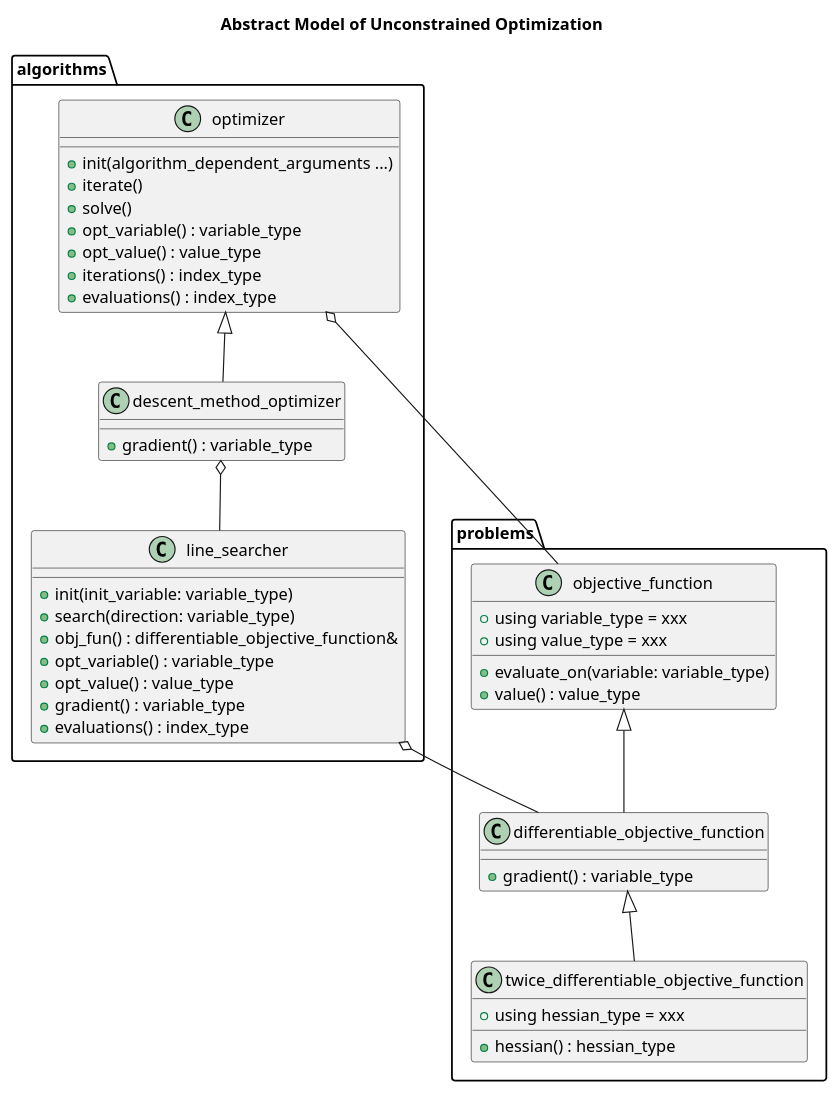
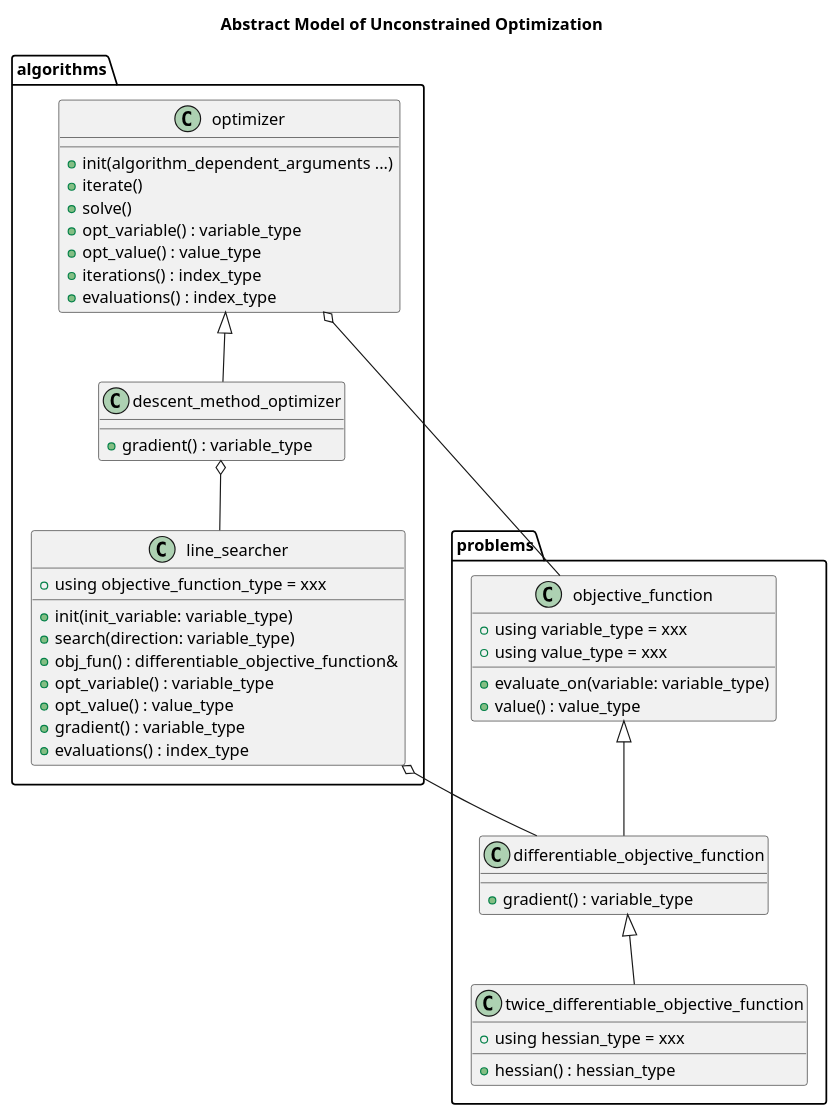
One commit to MusicScience37/numerical-collection-cpp changed the diagram in doc/sphinx/src/basic_design/optimization.rst. Above: the diagram before and after it, drawn with PlantUML. The commit also changed 2 other files, not shown here.

Commit message:
refactor: move functions

```diff
--- a/doc/sphinx/src/basic_design/optimization.rst
+++ b/doc/sphinx/src/basic_design/optimization.rst
@@ -12,53 +12,54 @@
 .. uml::
 
     title Abstract Model of Unconstrained Optimization
 
     package problems {
         class objective_function {
             + using variable_type = xxx
             + using value_type = xxx
             + evaluate_on(variable: variable_type)
             + value() : value_type
         }
 
         class differentiable_objective_function {
             + gradient() : variable_type
         }
         objective_function <|-- differentiable_objective_function
 
         class twice_differentiable_objective_function {
             + using hessian_type = xxx
             + hessian() : hessian_type
         }
         differentiable_objective_function <|-- twice_differentiable_objective_function
     }
 
     package algorithms {
         class optimizer {
             + init(algorithm_dependent_arguments ...)
             + iterate()
             + solve()
             + opt_variable() : variable_type
             + opt_value() : value_type
             + iterations() : index_type
             + evaluations() : index_type
         }
         optimizer o-- objective_function
 
         class line_searcher {
+            + using objective_function_type = xxx
             + init(init_variable: variable_type)
             + search(direction: variable_type)
             + obj_fun() : differentiable_objective_function&
             + opt_variable() : variable_type
             + opt_value() : value_type
             + gradient() : variable_type
             + evaluations() : index_type
         }
         line_searcher o-- differentiable_objective_function
 
         class descent_method_optimizer {
             + gradient() : variable_type
         }
         optimizer <|-- descent_method_optimizer
         descent_method_optimizer o-- line_searcher
     }
```
